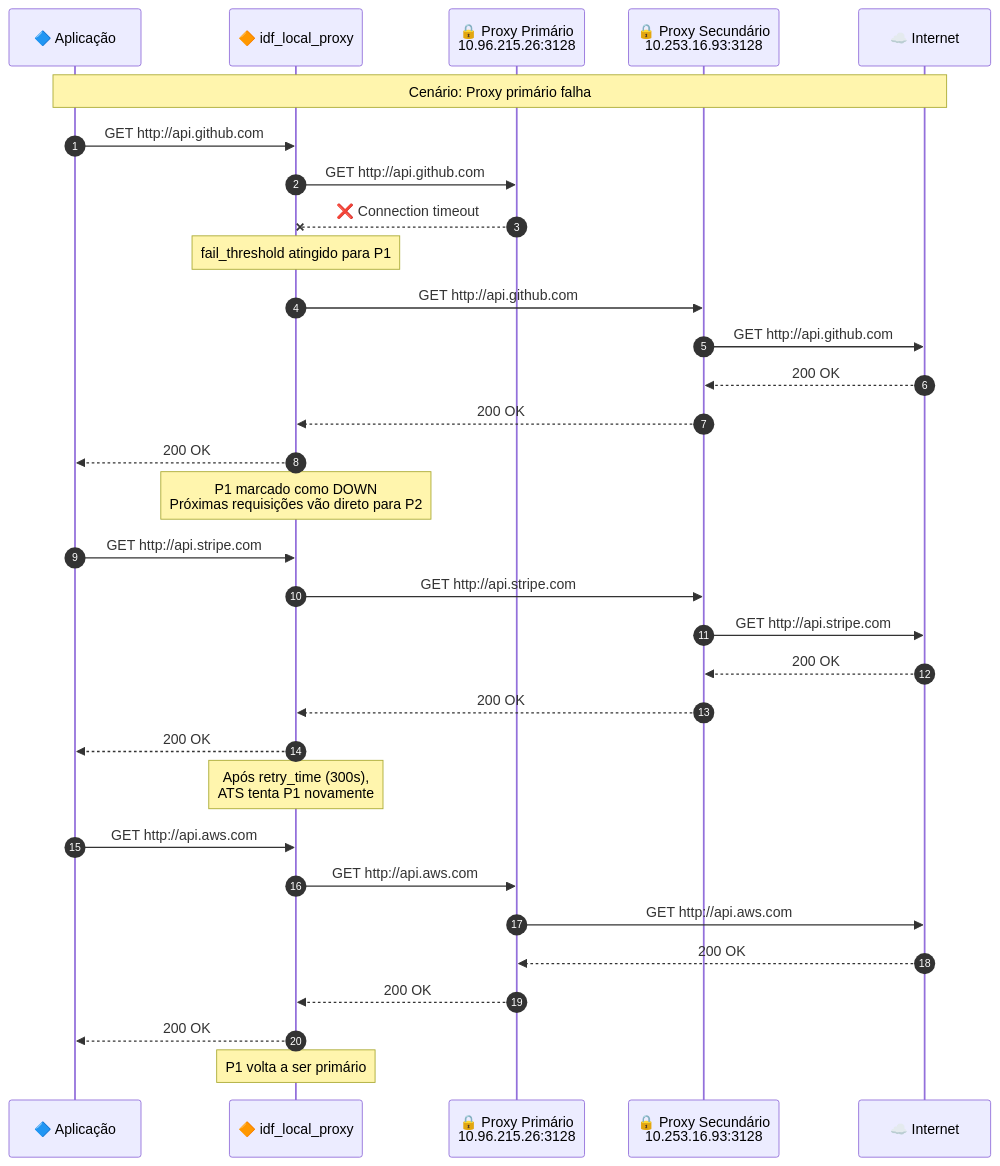
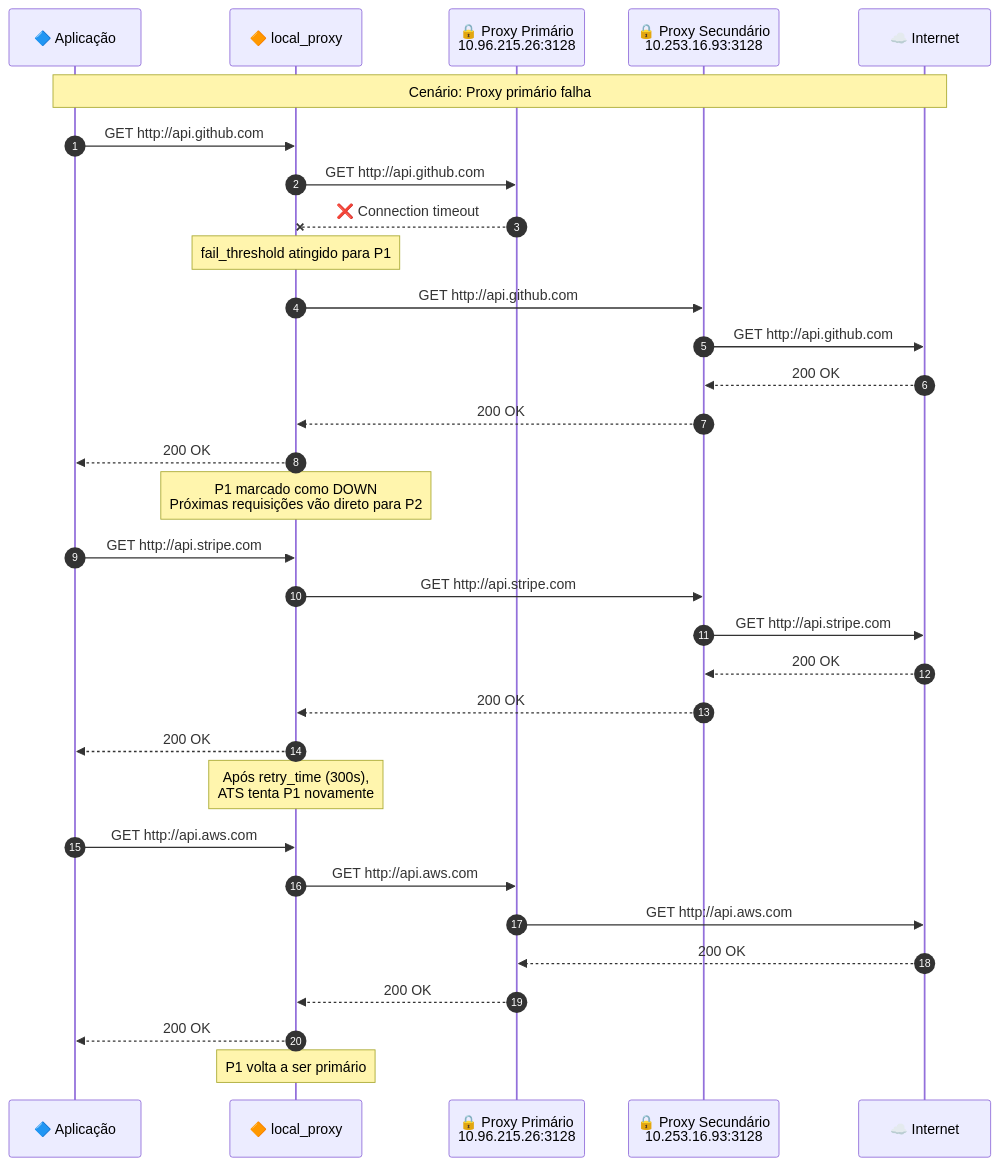
Before and after one commit to willianpsouza/ATS-ProxyManager: the fourth of 7 diagrams in docs/SEQUENCES.md, drawn with Mermaid. The commit also changed other lines of this file and 52 other files, not shown here.

````diff
--- a/docs/SEQUENCES.md
+++ b/docs/SEQUENCES.md
@@ -174,45 +174,45 @@
 ```mermaid
 sequenceDiagram
     autonumber
     
     participant App as 🔷 Aplicação
-    participant ATS as 🔶 idf_local_proxy
+    participant ATS as 🔶 local_proxy
     participant P1 as 🔒 Proxy Primário<br/>10.96.215.26:3128
     participant P2 as 🔒 Proxy Secundário<br/>10.253.16.93:3128
     participant Internet as ☁️ Internet
 
     Note over App,Internet: Cenário: Proxy primário falha
 
     App->>ATS: GET http://api.github.com
     
     ATS->>P1: GET http://api.github.com
     P1--xATS: ❌ Connection timeout
     
     Note over ATS: fail_threshold atingido para P1
     
     ATS->>P2: GET http://api.github.com
     P2->>Internet: GET http://api.github.com
     Internet-->>P2: 200 OK
     P2-->>ATS: 200 OK
     ATS-->>App: 200 OK
 
     Note over ATS: P1 marcado como DOWN<br/>Próximas requisições vão direto para P2
 
     App->>ATS: GET http://api.stripe.com
     ATS->>P2: GET http://api.stripe.com
     P2->>Internet: GET http://api.stripe.com
     Internet-->>P2: 200 OK
     P2-->>ATS: 200 OK
     ATS-->>App: 200 OK
 
     Note over ATS: Após retry_time (300s),<br/>ATS tenta P1 novamente
 
     App->>ATS: GET http://api.aws.com
     ATS->>P1: GET http://api.aws.com
     P1->>Internet: GET http://api.aws.com
     Internet-->>P1: 200 OK
     P1-->>ATS: 200 OK
     ATS-->>App: 200 OK
 
     Note over ATS: P1 volta a ser primário
 ```
````
